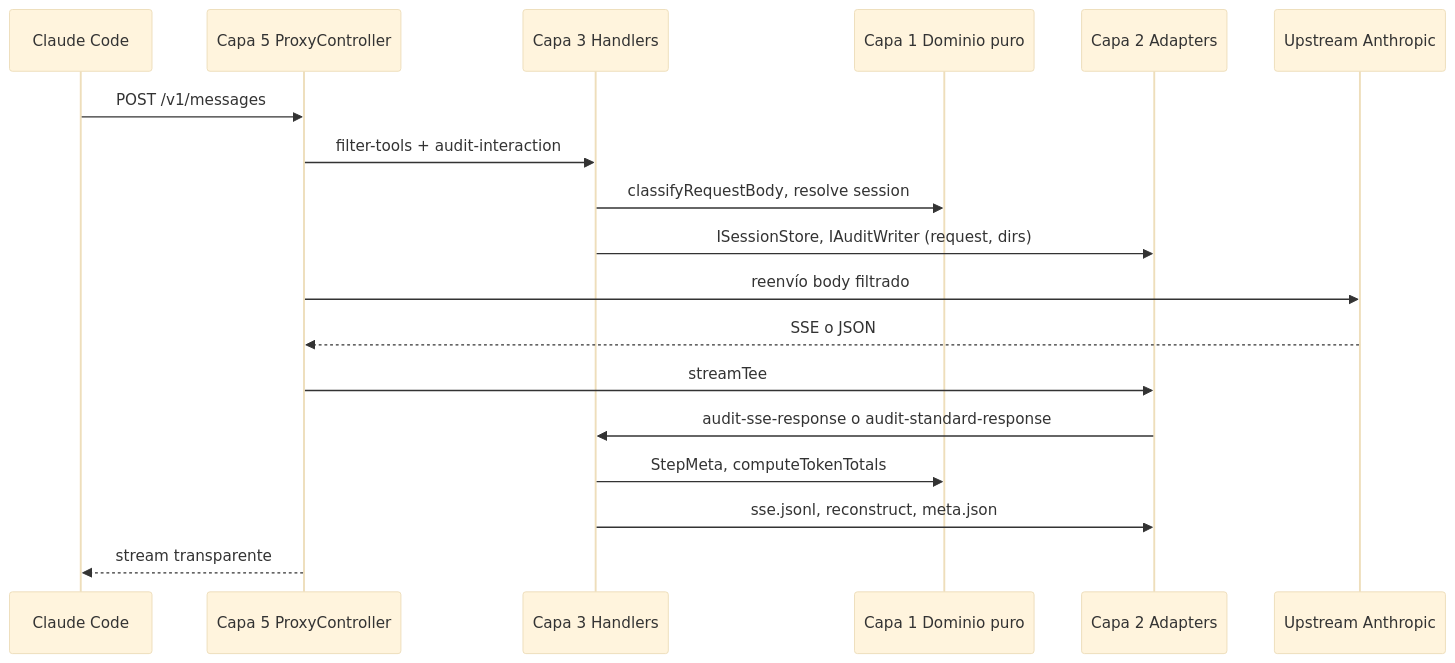
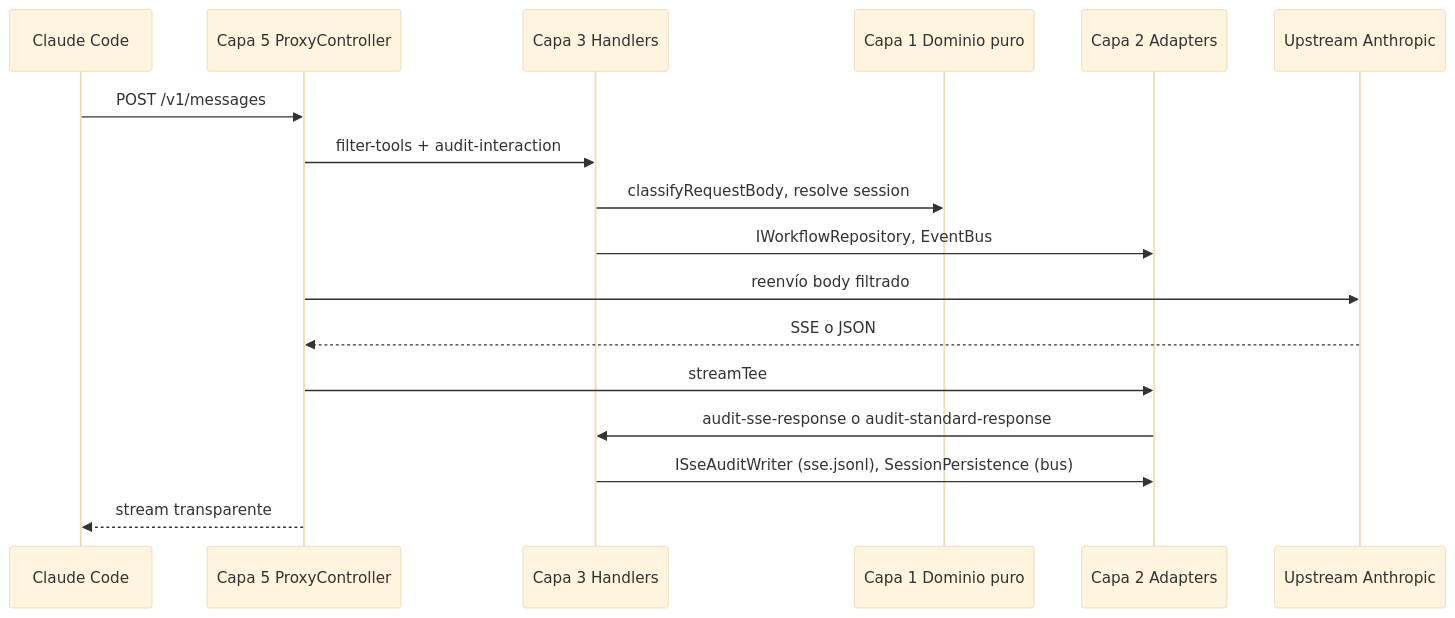
Before and after one commit to CristianRojas-SoftwareEngineer/EvolutiveX-Agent-Orchestrator: the third of 21 diagrams in docs/proposals/gateway-design.md, drawn with Mermaid (base theme). The commit also changed other lines of this file and 10 other files, not shown here.

````diff
--- a/docs/proposals/gateway-design.md
+++ b/docs/proposals/gateway-design.md
@@ -306,21 +308,20 @@
 ```mermaid
 sequenceDiagram
   participant CC as Claude Code
   participant L5 as Capa 5 ProxyController
   participant L3 as Capa 3 Handlers
   participant L1 as Capa 1 Dominio puro
   participant L2 as Capa 2 Adapters
   participant UP as Upstream Anthropic
 
   CC->>L5: POST /v1/messages
   L5->>L3: filter-tools + audit-interaction
   L3->>L1: classifyRequestBody, resolve session
-  L3->>L2: ISessionStore, IAuditWriter (request, dirs)
+  L3->>L2: IWorkflowRepository, EventBus
   L5->>UP: reenvío body filtrado
   UP-->>L5: SSE o JSON
   L5->>L2: streamTee
   L2->>L3: audit-sse-response o audit-standard-response
-  L3->>L1: StepMeta, computeTokenTotals
-  L3->>L2: sse.jsonl, reconstruct, meta.json
+  L3->>L2: ISseAuditWriter (sse.jsonl), SessionPersistence (bus)
   L5-->>CC: stream transparente
 ```
````
